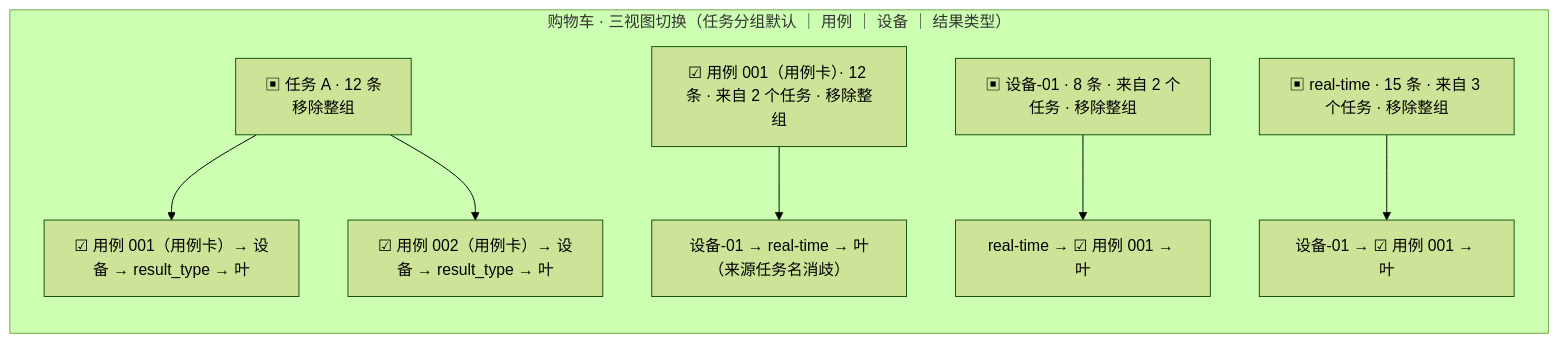
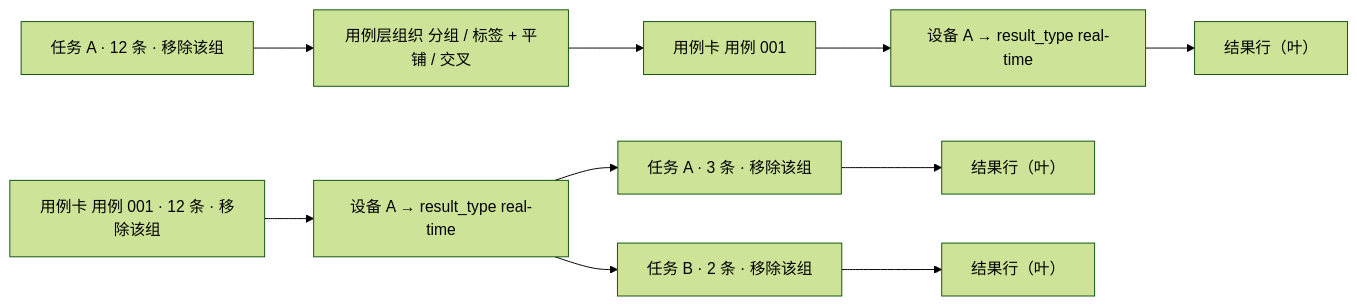
The fifth of 6 diagrams in Intelligent-Audio-TEST/doc/UX设计规范/18_挑选合并功能交互重设计.md (ydz-auto/intelligent_audio_test), drawn with Mermaid (forest theme) before and after one commit. The commit also changed other lines of this file, not shown here.

First line of the commit message:
docs(ux): INT-1695 18 §3.8.3/§4.2 三视图任务改末级 + 新增任务视图（任务首级）+ 购物车用例组织层

````diff
--- a/Intelligent-Audio-TEST/doc/UX设计规范/18_挑选合并功能交互重设计.md
+++ b/Intelligent-Audio-TEST/doc/UX设计规范/18_挑选合并功能交互重设计.md
@@ -445,10 +519,12 @@
 ```mermaid
 flowchart LR
-    subgraph CART["购物车 · 三视图切换（任务分组默认 ｜ 用例 ｜ 设备 ｜ 结果类型）"]
-        T["▣ 任务 A · 12 条<br/>移除整组"] --> T1["☑ 用例 001（用例卡）→ 设备 → result_type → 叶"]
-        T --> T2["☑ 用例 002（用例卡）→ 设备 → result_type → 叶"]
-        U["☑ 用例 001（用例卡）· 12 条 · 来自 2 个任务 · 移除整组"] --> U1["设备-01 → real-time → 叶（来源任务名消歧）"]
-        D["▣ 设备-01 · 8 条 · 来自 2 个任务 · 移除整组"] --> D1["real-time → ☑ 用例 001 → 叶"]
-        R["▣ real-time · 15 条 · 来自 3 个任务 · 移除整组"] --> R1["设备-01 → ☑ 用例 001 → 叶"]
-    end
+    T1["任务 A · 12 条 · 移除该组"] --> T1C["用例层组织 分组 / 标签 + 平铺 / 交叉"]
+    T1C --> T1K["用例卡 用例 001"]
+    T1K --> T1D["设备 A → result_type real-time"]
+    T1D --> T1L["结果行（叶）"]
+    U["用例卡 用例 001 · 12 条 · 移除该组"] --> UD["设备 A → result_type real-time"]
+    UD --> UT1["任务 A · 3 条 · 移除该组"]
+    UD --> UT2["任务 B · 2 条 · 移除该组"]
+    UT1 --> UL1["结果行（叶）"]
+    UT2 --> UL2["结果行（叶）"]
 ```
````
